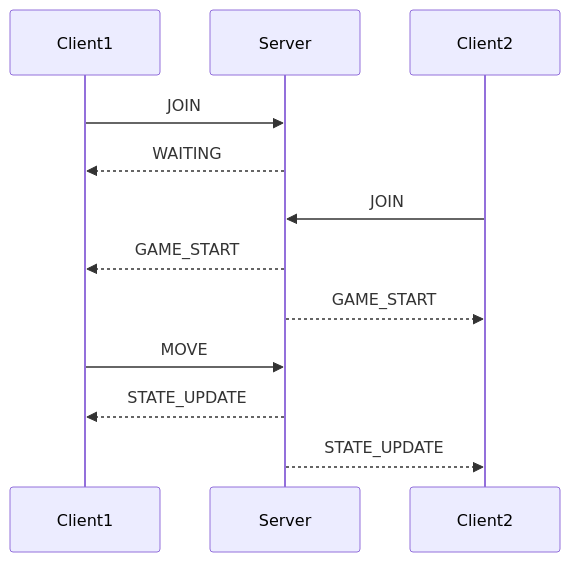
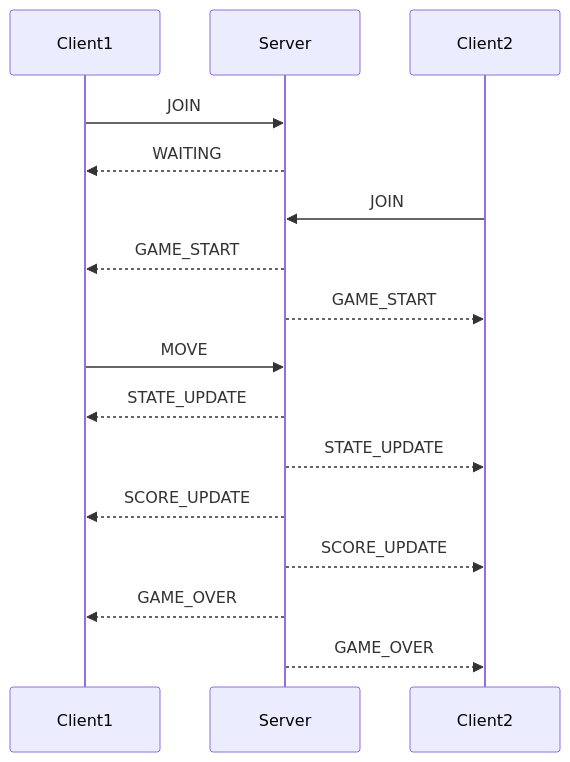
The diagram in concurrency_design.md (Ryanamisi/Ryanamisi), drawn with Mermaid before and after one commit. The commit also changed other lines of this file, not shown here.

````diff
--- a/concurrency_design.md
+++ b/concurrency_design.md
@@ -53,16 +53,20 @@
 ```mermaid
 sequenceDiagram
     participant Client1
     participant Server
     participant Client2
 
     Client1->>Server: JOIN
     Server-->>Client1: WAITING
     Client2->>Server: JOIN
     Server-->>Client1: GAME_START
     Server-->>Client2: GAME_START
 
     Client1->>Server: MOVE
     Server-->>Client1: STATE_UPDATE
     Server-->>Client2: STATE_UPDATE
+Server-->>Client1: SCORE_UPDATE
+Server-->>Client2: SCORE_UPDATE
+Server-->>Client1: GAME_OVER
+Server-->>Client2: GAME_OVER
 ```
````
